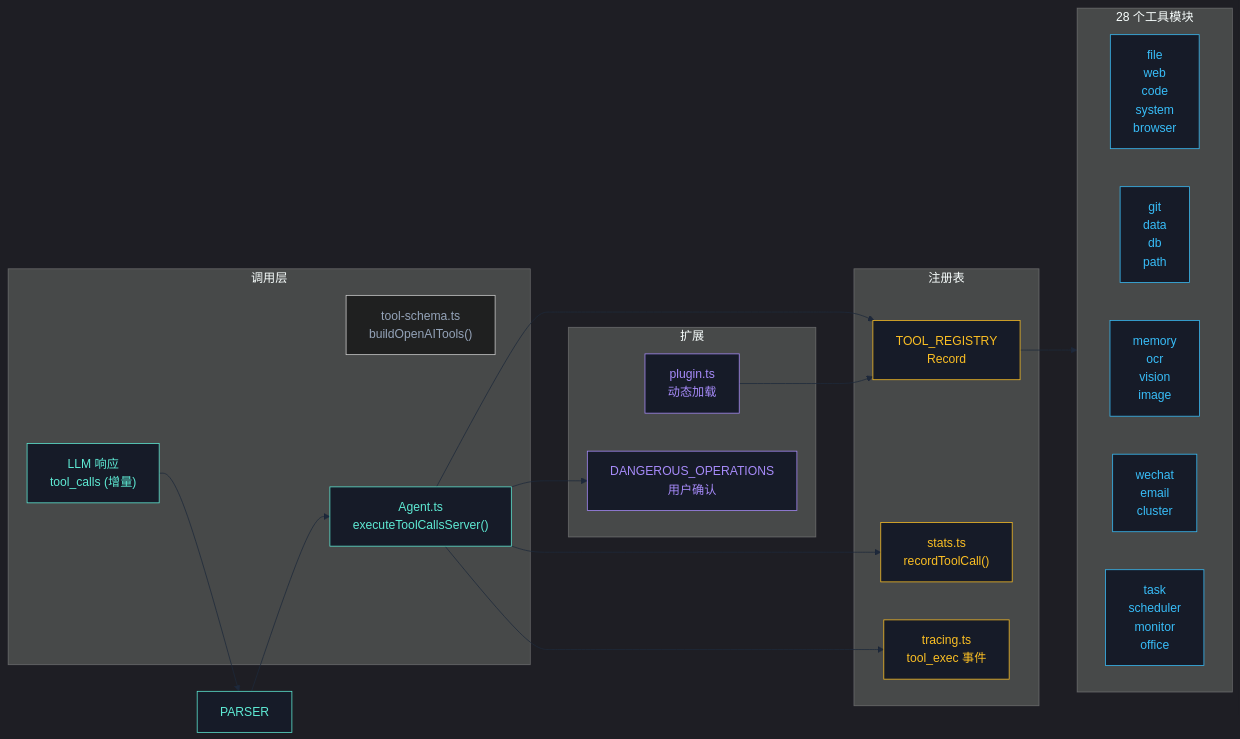
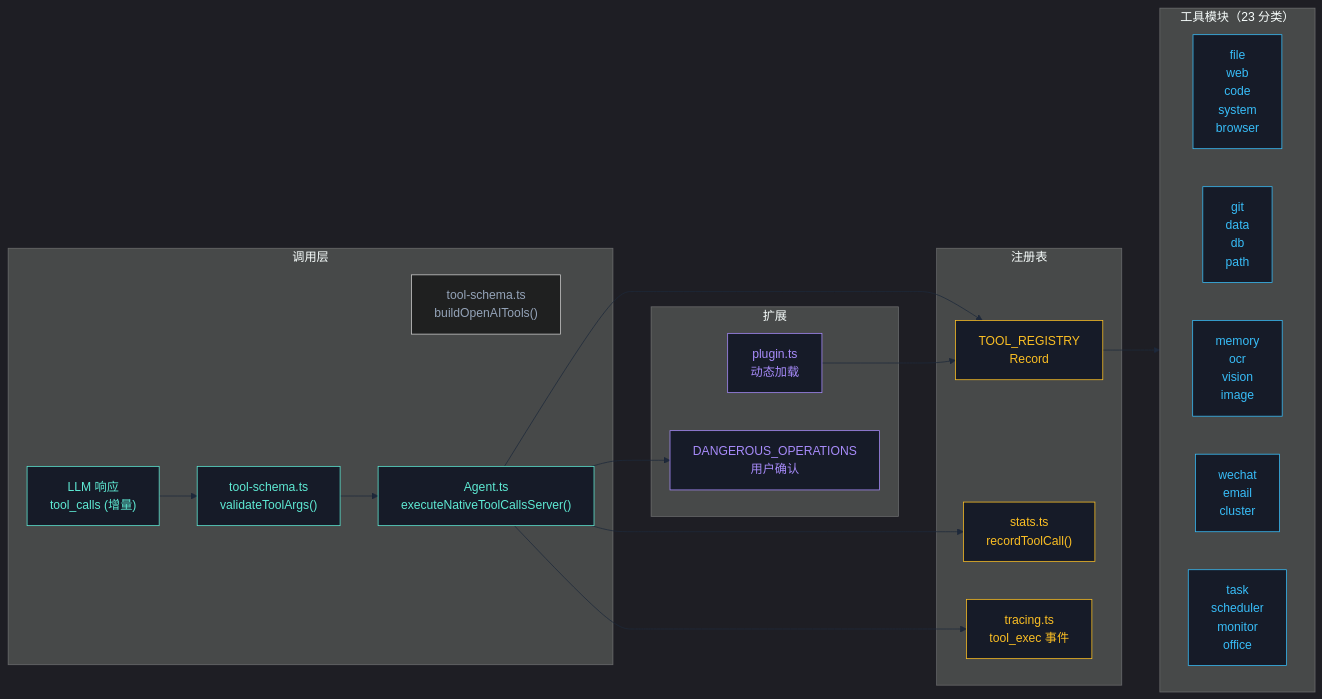
Before and after one commit to 1486853830/CogitoAgent: the first of 3 diagrams in README.zh.md, drawn with Mermaid. The commit also changed other lines of this file and 15 other files, not shown here.

````diff
--- a/README.zh.md
+++ b/README.zh.md
@@ -171,48 +151,49 @@
 ```mermaid
 %%{init: {"theme": "dark", "themeVariables": {"bgColor": "#0b0e14", "primaryColor": "#5eead4", "primaryTextColor": "#5eead4", "primaryBorderColor": "#5eead4", "lineColor": "#1e293b", "textColor": "#94a3b8", "fontFamily": "JetBrains Mono, monospace", "fontSize": "10", "secondaryColor": "#161b28", "tertiaryColor": "#1c2230"}}}%%
 flowchart LR
     subgraph INVOCATION["调用层"]
         LLM["LLM 响应<br/>tool_calls (增量)"]
         SCHEMA["tool-schema.ts<br/>buildOpenAITools()"]
-        EXECUTOR["Agent.ts<br/>executeToolCallsServer()"]
+        PARSER["tool-schema.ts<br/>validateToolArgs()"]
+        EXECUTOR["Agent.ts<br/>executeNativeToolCallsServer()"]
     end
 
     subgraph REGISTRY["注册表"]
         REG["TOOL_REGISTRY<br/>Record<string, ToolEntry>"]
         STATS["stats.ts<br/>recordToolCall()"]
         TRACE["tracing.ts<br/>tool_exec 事件"]
     end
 
-    subgraph MODULES["28 个工具模块"]
+    subgraph MODULES["工具模块（23 分类）"]
         direction LR
         CORE1["file<br/>web<br/>code<br/>system<br/>browser"]
         CORE2["git<br/>data<br/>db<br/>path"]
         AI["memory<br/>ocr<br/>vision<br/>image"]
         COMM["wechat<br/>email<br/>cluster"]
         AUTO["task<br/>scheduler<br/>monitor<br/>office"]
     end
 
     subgraph EXTENSION["扩展"]
         PLUGIN["plugin.ts<br/>动态加载"]
         DANGER["DANGEROUS_OPERATIONS<br/>用户确认"]
     end
 
     LLM --> PARSER
     PARSER --> EXECUTOR
     EXECUTOR --> REG
     REG --> MODULES
     EXECUTOR --> STATS
     EXECUTOR --> TRACE
     EXECUTOR --> DANGER
     PLUGIN --> REG
 
     classDef invocation fill:#161b28,stroke:#5eead4,color:#5eead4;
     classDef registry fill:#161b28,stroke:#fbbf24,color:#fbbf24;
     classDef modules fill:#161b28,stroke:#38bdf8,color:#38bdf8;
     classDef extension fill:#161b28,stroke:#a78bfa,color:#a78bfa;
 
     class LLM,PARSER,EXECUTOR invocation;
     class REG,STATS,TRACE registry;
     class CORE1,CORE2,AI,COMM,AUTO modules;
     class PLUGIN,DANGER extension;
 ```
````
